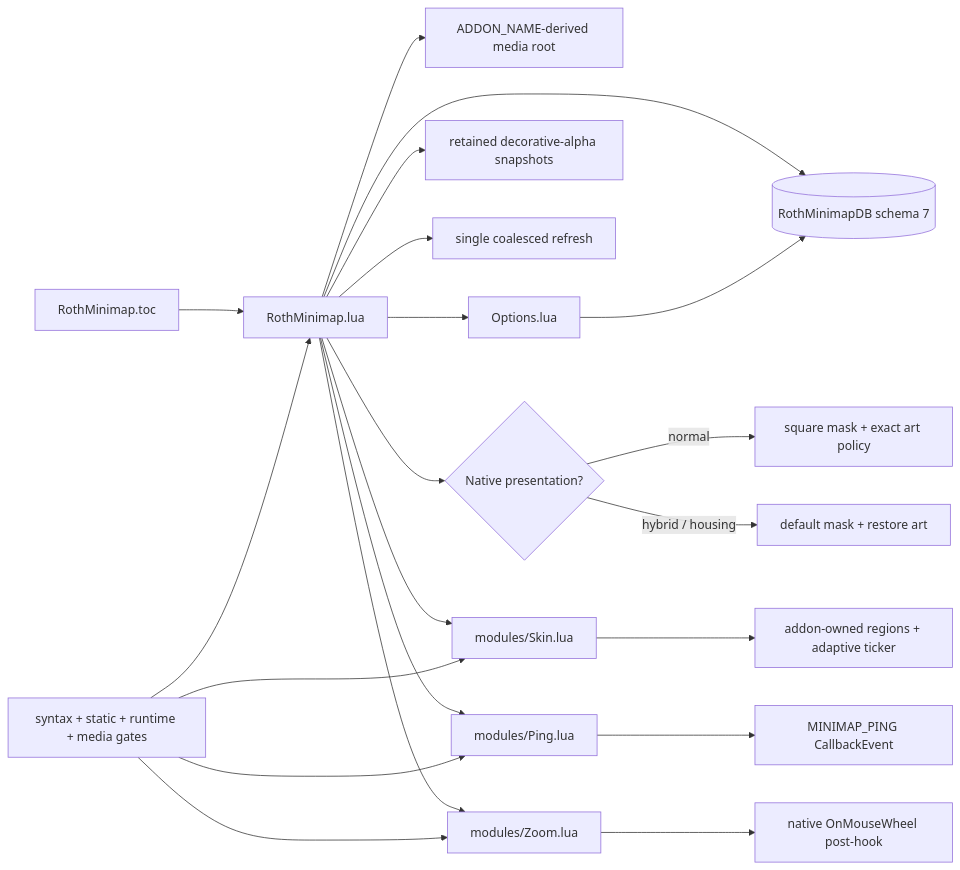
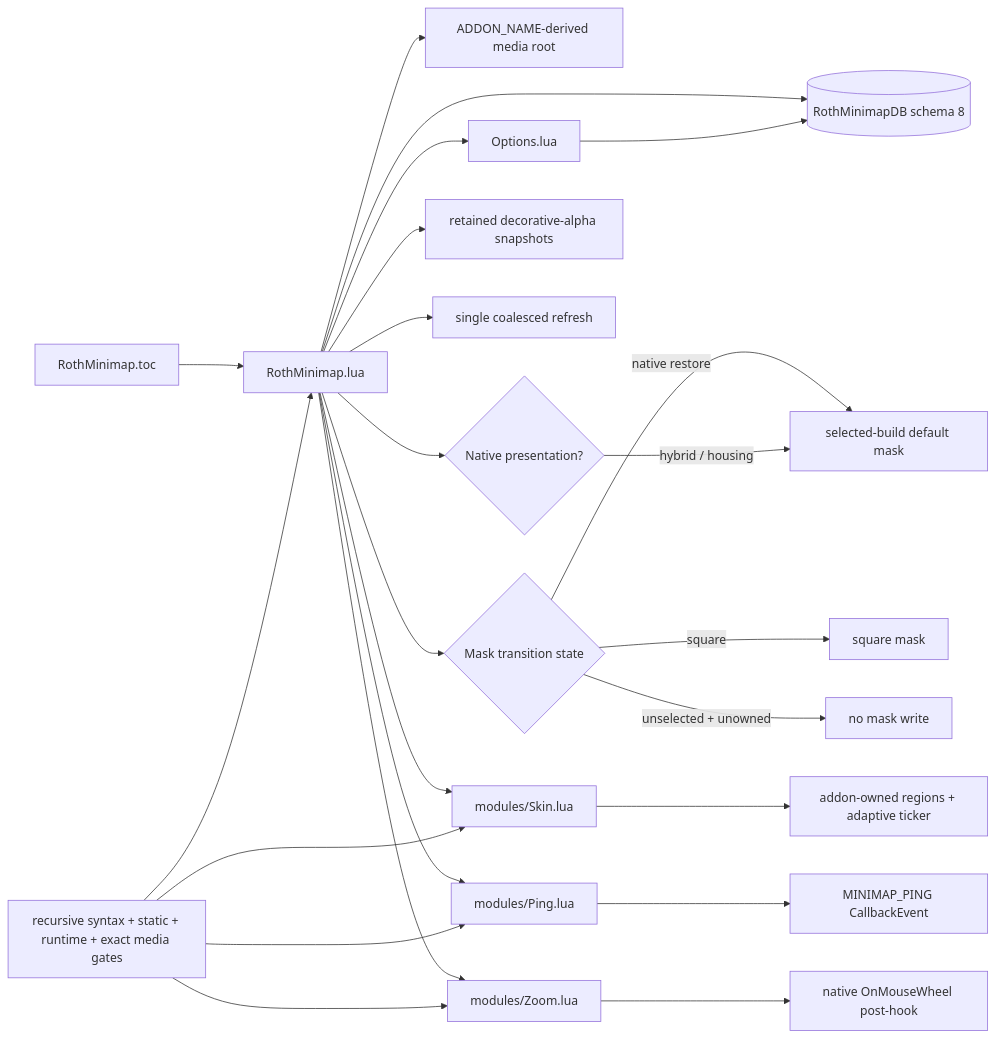
One commit to UnknownAlienHuman/roth-minimap changed the diagram in CODE_GRAPH.md. Above: the diagram before and after it, drawn with Mermaid. The commit also changed other lines of this file and 16 other files, not shown here.

````diff
--- a/CODE_GRAPH.md
+++ b/CODE_GRAPH.md
@@ -3,23 +3,26 @@
 ```mermaid
 flowchart LR
   TOC["RothMinimap.toc"] --> CORE["RothMinimap.lua"]
-  CORE --> DB[("RothMinimapDB schema 7")]
+  CORE --> DB[("RothMinimapDB schema 8")]
   CORE --> MEDIA["ADDON_NAME-derived media root"]
   CORE --> MODE{"Native presentation?"}
-  MODE -->|normal| MASK["square mask + exact art policy"]
-  MODE -->|hybrid / housing| FALLBACK["default mask + restore art"]
+  CORE --> MASKMODE{"Mask transition state"}
+  MASKMODE -->|square| MASK["square mask"]
+  MASKMODE -->|native restore| FALLBACK["selected-build default mask"]
+  MASKMODE -->|unselected + unowned| NOOP["no mask write"]
+  MODE -->|hybrid / housing| FALLBACK
   CORE --> ALPHA["retained decorative-alpha snapshots"]
   CORE --> QUEUE["single coalesced refresh"]
   CORE --> SKIN["modules/Skin.lua"]
   CORE --> PING["modules/Ping.lua"]
   CORE --> ZOOM["modules/Zoom.lua"]
   CORE --> OPT["Options.lua"]
   PING --> CALLBACK["MINIMAP_PING CallbackEvent"]
   ZOOM --> WHEEL["native OnMouseWheel post-hook"]
   SKIN --> OWNED["addon-owned regions + adaptive ticker"]
   OPT --> DB
-  TESTS["syntax + static + runtime + media gates"] --> CORE
+  TESTS["recursive syntax + static + runtime + exact media gates"] --> CORE
   TESTS --> SKIN
   TESTS --> PING
   TESTS --> ZOOM
 ```
````
